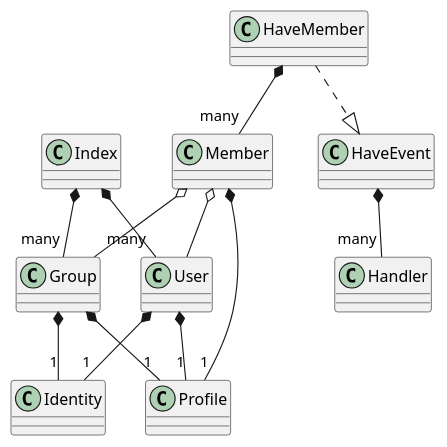
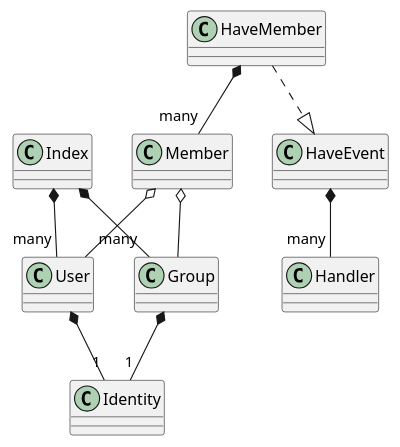
The diagram in scripts/links.puml (Eldynn/index), drawn with PlantUML before and after one commit. The commit also changed 9 other files, not shown here.

```diff
--- a/scripts/links.puml
+++ b/scripts/links.puml
@@ -1,14 +1,11 @@
 @startuml
-User *-- "1" Profile
 User *-- "1" Identity
-Group *-- "1" Profile
 Group *-- "1" Identity
 HaveMember *-- "many" Member
 HaveMember ..|> HaveEvent
-Member *-- "1" Profile
 Member o-- Group
 Member o-- User
 Index *-- "many" User
 Index *-- "many" Group
 HaveEvent *-- "many" Handler
 @enduml
```
